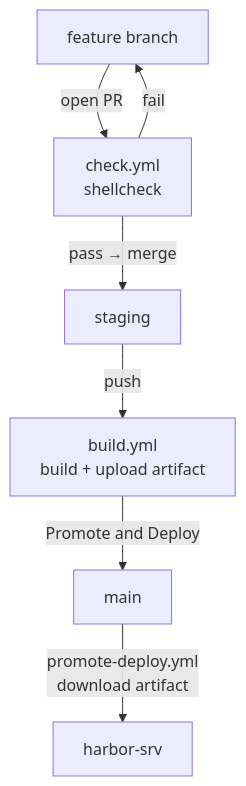
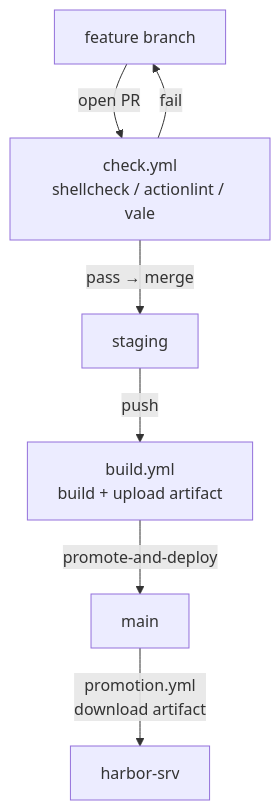
Before and after one commit to blouin-labs/harbor_srv: the diagram in README.md, drawn with Mermaid. The commit also changed other lines of this file and 1 other file, not shown here.

````diff
--- a/README.md
+++ b/README.md
@@ -140,9 +134,9 @@
 ```mermaid
 flowchart TD
-    F[feature branch] -->|open PR| CHK[check.yml\nshellcheck]
+    F[feature branch] -->|open PR| CHK[check.yml\nshellcheck / actionlint / vale]
     CHK -->|fail| F
     CHK -->|pass → merge| STG[staging]
     STG -->|push| BLD[build.yml\nbuild + upload artifact]
-    BLD -->|Promote and Deploy| MAIN[main]
-    MAIN -->|promote-deploy.yml\ndownload artifact| SRV[harbor-srv]
+    BLD -->|promote-and-deploy| MAIN[main]
+    MAIN -->|promotion.yml\ndownload artifact| SRV[harbor-srv]
 ```
````
